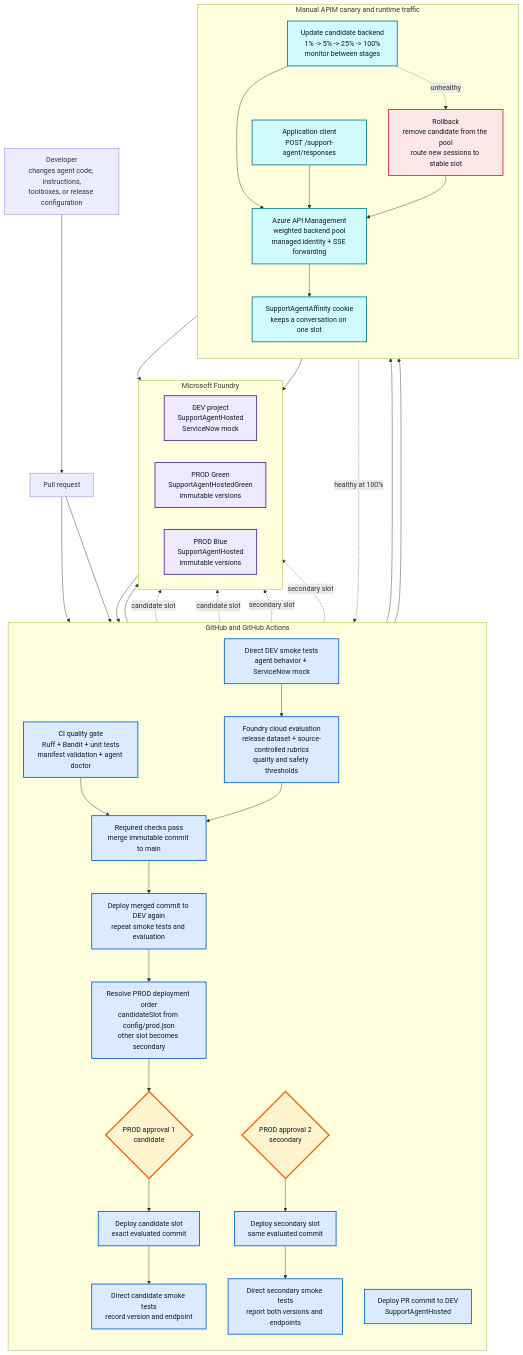
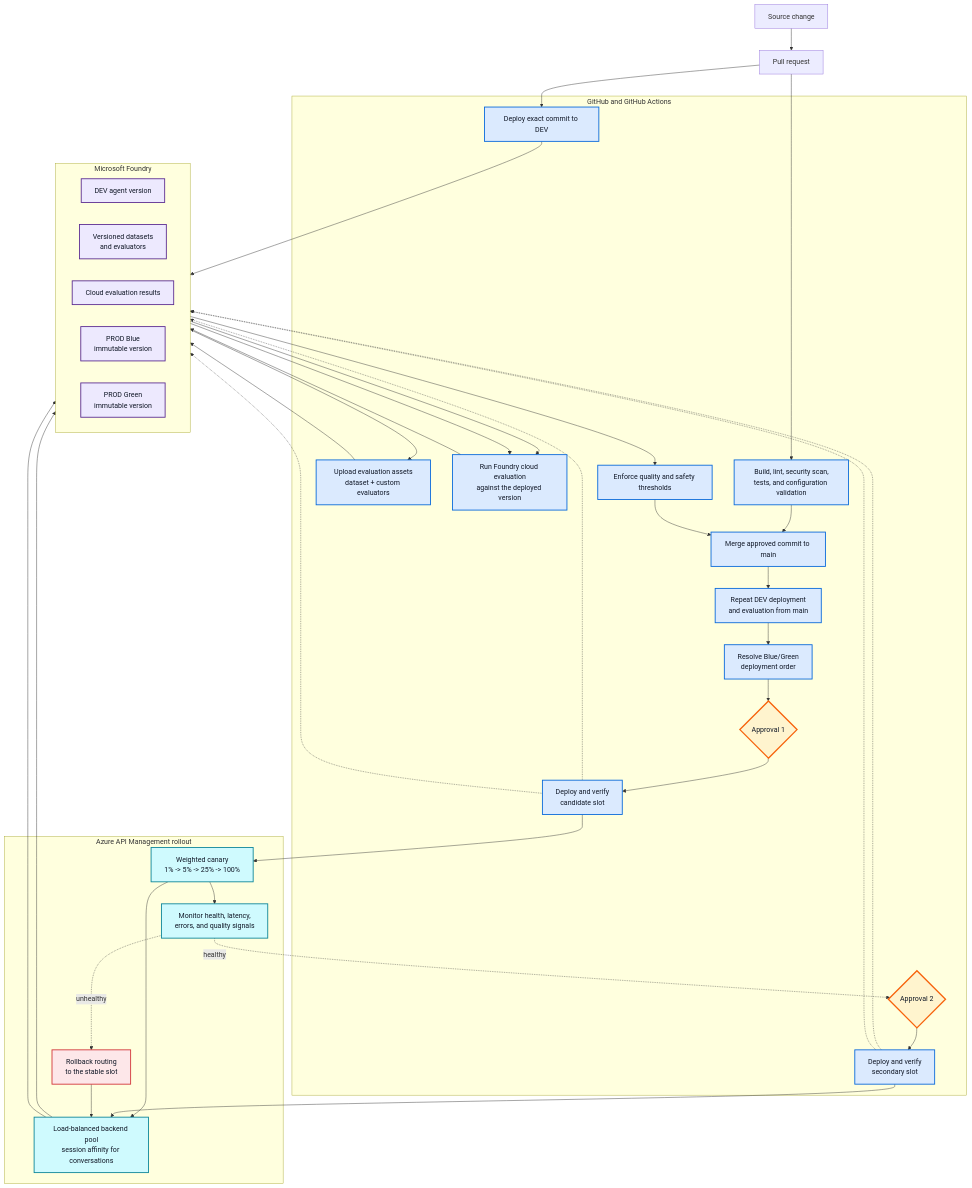
Before and after one commit to mvanderbend-msoft/foundry-agents-lifecycle: the diagram in README.md, drawn with Mermaid. The commit also changed other lines of this file, not shown here.

Commit message:
Simplify deployment flow diagram
Focus the README diagram on evaluation assets, Foundry cloud gates, Blue-Green deployment, and APIM routing while removing implementation-specific labels and the demo narrative.

Copilot-Session: ea7a6720-6ddb-4a9d-a487-3e4d589f446c

````diff
--- a/README.md
+++ b/README.md
@@ -7,80 +7,77 @@
 ```mermaid
 flowchart TB
-    Developer["Developer<br/>changes agent code, instructions,<br/>toolboxes, or release configuration"]
-    PR["Pull request"]
+    Change["Source change"] --> PR["Pull request"]
 
     subgraph GitHub["GitHub and GitHub Actions"]
-        direction TB
-        CI["CI quality gate<br/>Ruff + Bandit + unit tests<br/>manifest validation + agent doctor"]
-        DEVDeploy["Deploy PR commit to DEV<br/>SupportAgentHosted"]
-        DEVSmoke["Direct DEV smoke tests<br/>agent behavior + ServiceNow mock"]
-        Eval["Foundry cloud evaluation<br/>release dataset + source-controlled rubrics<br/>quality and safety thresholds"]
-        Merge["Required checks pass<br/>merge immutable commit to main"]
-        MainEval["Deploy merged commit to DEV again<br/>repeat smoke tests and evaluation"]
-        Resolve["Resolve PROD deployment order<br/>candidateSlot from config/prod.json<br/>other slot becomes secondary"]
-        Approval1{"PROD approval 1<br/>candidate"}
-        CandidateDeploy["Deploy candidate slot<br/>exact evaluated commit"]
-        CandidateSmoke["Direct candidate smoke tests<br/>record version and endpoint"]
-        Approval2{"PROD approval 2<br/>secondary"}
-        SecondaryDeploy["Deploy secondary slot<br/>same evaluated commit"]
-        SecondarySmoke["Direct secondary smoke tests<br/>report both versions and endpoints"]
+        CI["Build, lint, security scan,<br/>tests, and configuration validation"]
+        DeployDEV["Deploy exact commit to DEV"]
+        Upload["Upload evaluation assets<br/>dataset + custom evaluators"]
+        CloudEval["Run Foundry cloud evaluation<br/>against the deployed version"]
+        Gate["Enforce quality and safety thresholds"]
+        Merge["Merge approved commit to main"]
+        Revalidate["Repeat DEV deployment<br/>and evaluation from main"]
+        Order["Resolve Blue/Green<br/>deployment order"]
+        Approval1{"Approval 1"}
+        DeployCandidate["Deploy and verify<br/>candidate slot"]
+        Approval2{"Approval 2"}
+        DeploySecondary["Deploy and verify<br/>secondary slot"]
     end
 
     subgraph Foundry["Microsoft Foundry"]
         direction LR
-        DEVProject["DEV project<br/>SupportAgentHosted<br/>ServiceNow mock"]
-        Green["PROD Green<br/>SupportAgentHostedGreen<br/>immutable versions"]
-        Blue["PROD Blue<br/>SupportAgentHosted<br/>immutable versions"]
+        DEV["DEV agent version"]
+        EvalAssets["Versioned datasets<br/>and evaluators"]
+        Results["Cloud evaluation results"]
+        Blue["PROD Blue<br/>immutable version"]
+        Green["PROD Green<br/>immutable version"]
     end
 
-    subgraph Rollout["Manual APIM canary and runtime traffic"]
-        direction TB
-        Canary["Update candidate backend<br/>1% -> 5% -> 25% -> 100%<br/>monitor between stages"]
-        APIM["Azure API Management<br/>weighted backend pool<br/>managed identity + SSE forwarding"]
-        Affinity["SupportAgentAffinity cookie<br/>keeps a conversation on one slot"]
-        Client["Application client<br/>POST /support-agent/responses"]
-        Rollback["Rollback<br/>remove candidate from the pool<br/>route new sessions to stable slot"]
+    subgraph APIMRollout["Azure API Management rollout"]
+        Canary["Weighted canary<br/>1% -> 5% -> 25% -> 100%"]
+        Monitor["Monitor health, latency,<br/>errors, and quality signals"]
+        Pool["Load-balanced backend pool<br/>session affinity for conversations"]
+        Rollback["Rollback routing<br/>to the stable slot"]
     end
 
-    Developer --> PR
     PR --> CI
-    PR --> DEVDeploy
-    DEVDeploy --> DEVProject
-    DEVProject --> DEVSmoke
-    DEVSmoke --> Eval
+    PR --> DeployDEV
+    DeployDEV --> DEV
+    DEV --> Upload
+    Upload --> EvalAssets
+    EvalAssets --> CloudEval
+    DEV --> CloudEval
+    CloudEval --> Results
+    Results --> Gate
     CI --> Merge
-    Eval --> Merge
-    Merge --> MainEval
-    MainEval --> Resolve
-    Resolve --> Approval1
-    Approval1 --> CandidateDeploy
-    CandidateDeploy -.->|"candidate slot"| Green
-    CandidateDeploy -.->|"candidate slot"| Blue
-    CandidateDeploy --> CandidateSmoke
-    CandidateSmoke --> Canary
-    Canary --> APIM
-    Canary -.->|"healthy at 100%"| Approval2
-    Canary -.->|"unhealthy"| Rollback
-    Approval2 --> SecondaryDeploy
-    SecondaryDeploy -.->|"secondary slot"| Blue
-    SecondaryDeploy -.->|"secondary slot"| Green
-    SecondaryDeploy --> SecondarySmoke
-    SecondarySmoke --> APIM
-    Client --> APIM
-    APIM --> Affinity
-    Affinity --> Green
-    Affinity --> Blue
-    Rollback --> APIM
+    Gate --> Merge
+    Merge --> Revalidate
+    Revalidate --> Order
+    Order --> Approval1
+    Approval1 --> DeployCandidate
+    DeployCandidate -.-> Blue
+    DeployCandidate -.-> Green
+    DeployCandidate --> Canary
+    Canary --> Pool
+    Canary --> Monitor
+    Monitor -.->|"healthy"| Approval2
+    Monitor -.->|"unhealthy"| Rollback
+    Approval2 --> DeploySecondary
+    DeploySecondary -.-> Blue
+    DeploySecondary -.-> Green
+    DeploySecondary --> Pool
+    Pool --> Blue
+    Pool --> Green
+    Rollback --> Pool
 
     classDef github fill:#dbeafe,stroke:#0969da,color:#111827,stroke-width:2px;
     classDef foundry fill:#ede9fe,stroke:#5c2d91,color:#111827,stroke-width:2px;
     classDef approval fill:#fff4ce,stroke:#f7630c,color:#111827,stroke-width:3px;
     classDef runtime fill:#cffafe,stroke:#0c8599,color:#111827,stroke-width:2px;
     classDef danger fill:#fde7e9,stroke:#d13438,color:#111827,stroke-width:2px;
 
-    class CI,DEVDeploy,DEVSmoke,Eval,Merge,MainEval,Resolve,CandidateDeploy,CandidateSmoke,SecondaryDeploy,SecondarySmoke github;
-    class DEVProject,Green,Blue foundry;
+    class CI,DeployDEV,Upload,CloudEval,Gate,Merge,Revalidate,Order,DeployCandidate,DeploySecondary github;
+    class DEV,EvalAssets,Results,Green,Blue foundry;
     class Approval1,Approval2 approval;
-    class Canary,APIM,Affinity,Client runtime;
+    class Canary,Monitor,Pool runtime;
     class Rollback danger;
 ```
````
